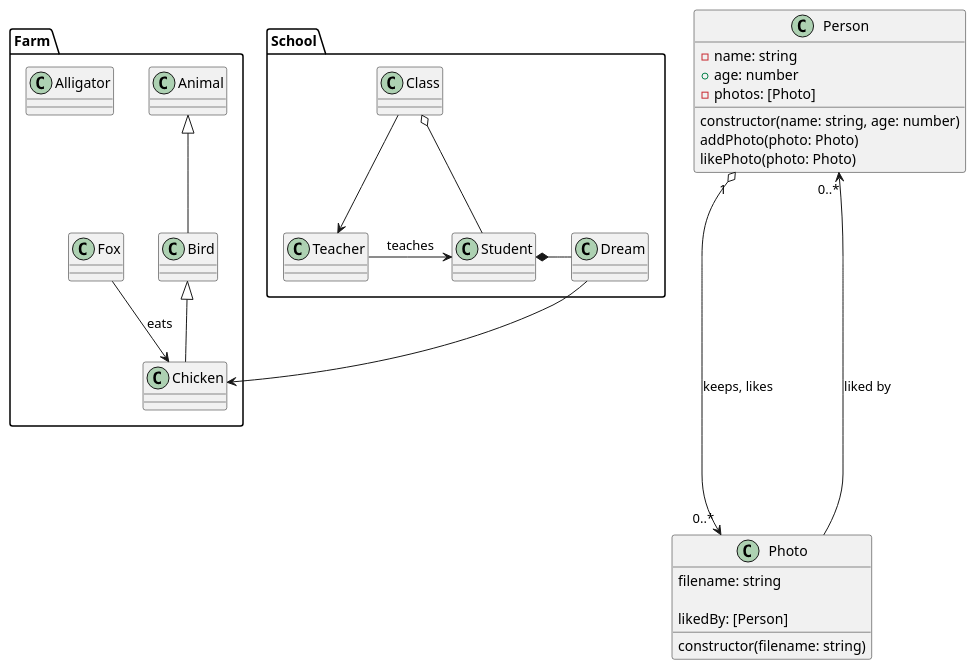
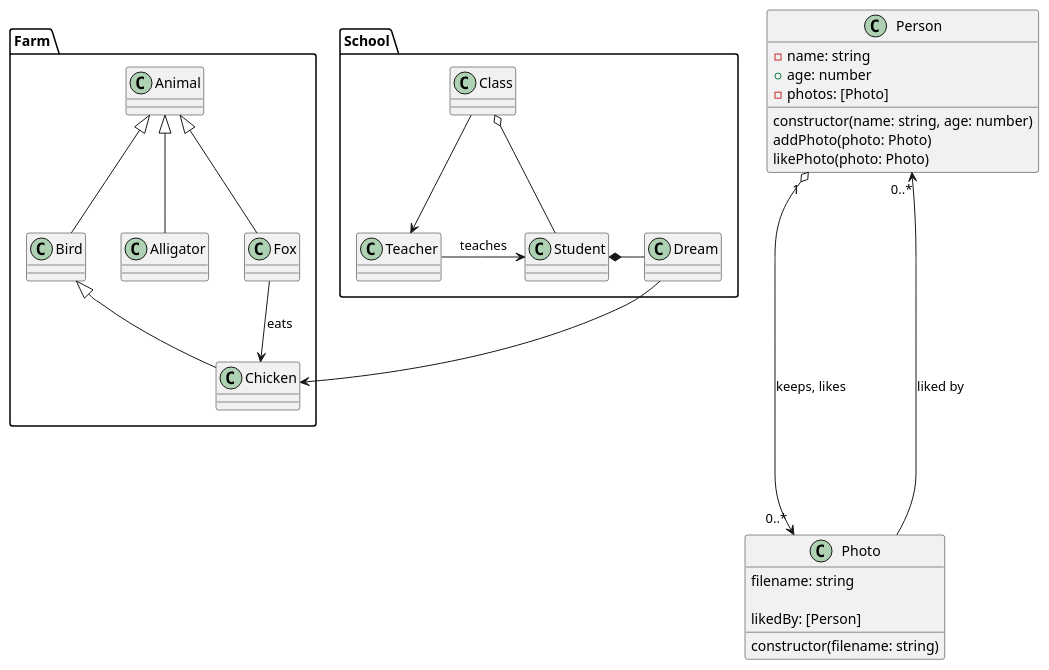
The diagram in SW103/src/class.puml (zyaparcetin/lectures), drawn with PlantUML before and after one commit.

Commit message:
Extend Alligator and Fox classes

```diff
--- a/SW103/src/class.puml
+++ b/SW103/src/class.puml
@@ -1,45 +1,45 @@
 @startuml Picories Class Diagram
 class Person {
   -name: string 
   +age: number
   -photos: [Photo]
 
   constructor(name: string, age: number)
   addPhoto(photo: Photo)
   likePhoto(photo: Photo)
 }
 
 class Photo {
   filename: string 
 
   likedBy: [Person]
   constructor(filename: string)
 }
 
 Person  "1" o-----> "0..*"Photo : keeps, likes
 Photo -----> "0..*" Person : liked by
 
 package School {
   class Student {}
   class Teacher {}
   class Class {}
   class Dream {}
 }
 
 Student *- Dream
 Class o-- Student
 Class --> Teacher
 
 Teacher -> Student : teaches
 
 package Farm {
   class Animal {}
   class Bird extends Animal {}
   class Chicken extends Bird {}
-  class Alligator {}
-  class Fox {}
+  class Alligator extends Animal {}
+  class Fox extends Animal {}
 } 
 
 Fox --> Chicken : eats
 Dream --> Chicken
 @enduml
```
